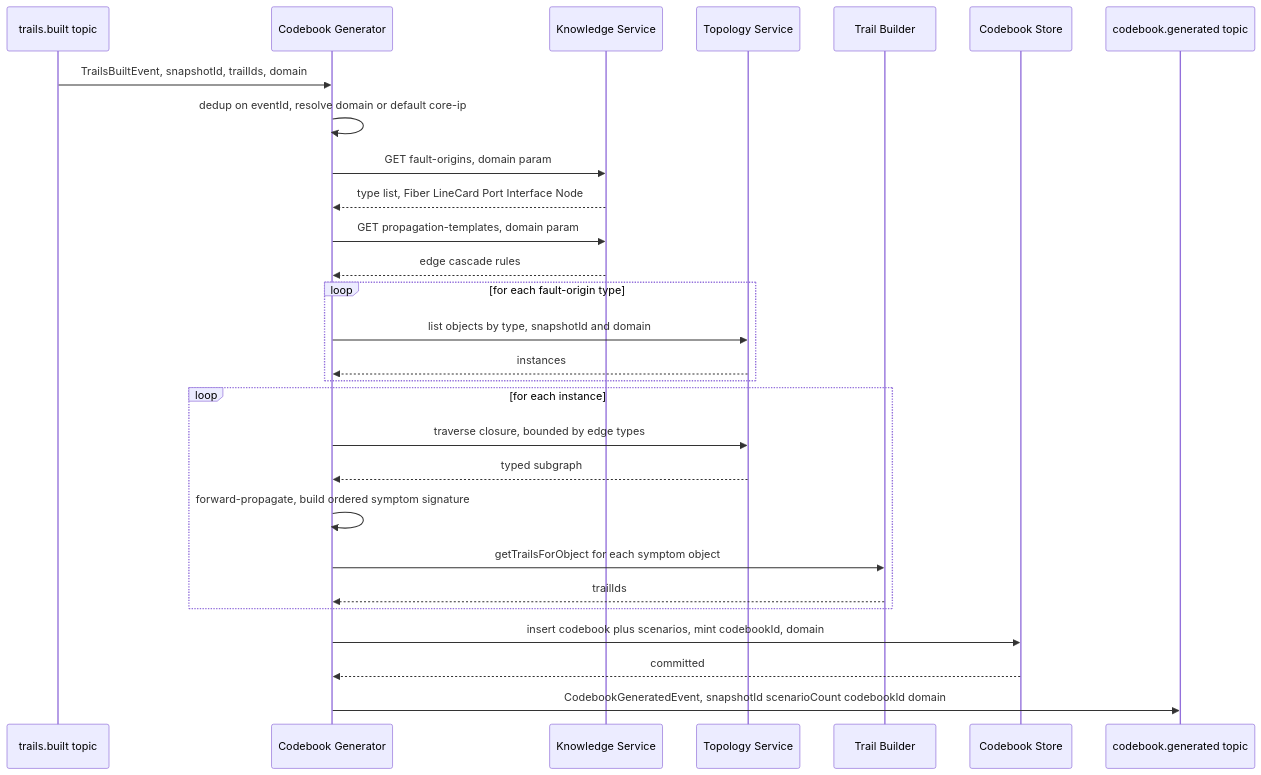
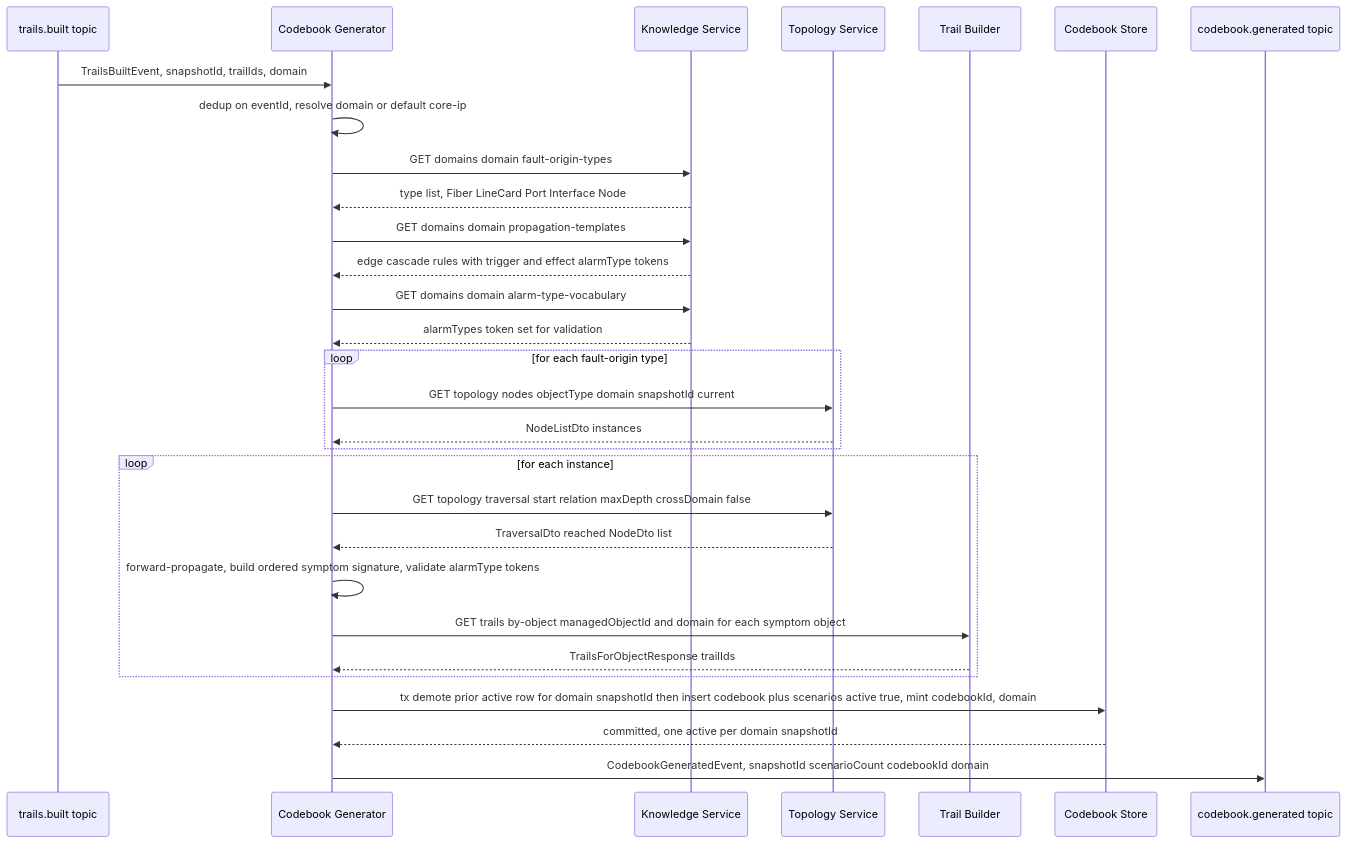
Before and after one commit to nikhilmohan/correlation-platform: the third of 6 diagrams in services/codebook-generator/design.md, drawn with Mermaid. The commit also changed other lines of this file and 1 other file, not shown here.

First line of the commit message:
design(codebook-generator): readiness fixes Q1/Q3/Q6/Q7/Q11

````diff
--- a/services/codebook-generator/design.md
+++ b/services/codebook-generator/design.md
@@ -350,30 +422,32 @@
 ```mermaid
 sequenceDiagram
   participant K as trails.built topic
   participant C as Codebook Generator
   participant KN as Knowledge Service
   participant TO as Topology Service
   participant TB as Trail Builder
   participant DB as Codebook Store
   participant OUT as codebook.generated topic
   K->>C: TrailsBuiltEvent, snapshotId, trailIds, domain
   C->>C: dedup on eventId, resolve domain or default core-ip
-  C->>KN: GET fault-origins, domain param
+  C->>KN: GET domains domain fault-origin-types
   KN-->>C: type list, Fiber LineCard Port Interface Node
-  C->>KN: GET propagation-templates, domain param
-  KN-->>C: edge cascade rules
+  C->>KN: GET domains domain propagation-templates
+  KN-->>C: edge cascade rules with trigger and effect alarmType tokens
+  C->>KN: GET domains domain alarm-type-vocabulary
+  KN-->>C: alarmTypes token set for validation
   loop for each fault-origin type
-    C->>TO: list objects by type, snapshotId and domain
-    TO-->>C: instances
+    C->>TO: GET topology nodes objectType domain snapshotId current
+    TO-->>C: NodeListDto instances
   end
   loop for each instance
-    C->>TO: traverse closure, bounded by edge types
-    TO-->>C: typed subgraph
-    C->>C: forward-propagate, build ordered symptom signature
-    C->>TB: getTrailsForObject for each symptom object
-    TB-->>C: trailIds
+    C->>TO: GET topology traversal start relation maxDepth crossDomain false
+    TO-->>C: TraversalDto reached NodeDto list
+    C->>C: forward-propagate, build ordered symptom signature, validate alarmType tokens
+    C->>TB: GET trails by-object managedObjectId and domain for each symptom object
+    TB-->>C: TrailsForObjectResponse trailIds
   end
-  C->>DB: insert codebook plus scenarios, mint codebookId, domain
-  DB-->>C: committed
+  C->>DB: tx demote prior active row for domain snapshotId then insert codebook plus scenarios active true, mint codebookId, domain
+  DB-->>C: committed, one active per domain snapshotId
   C->>OUT: CodebookGeneratedEvent, snapshotId scenarioCount codebookId domain
 ```
````
